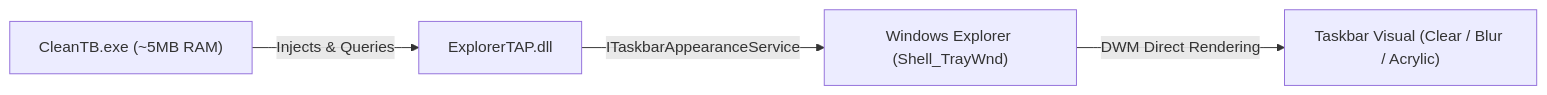
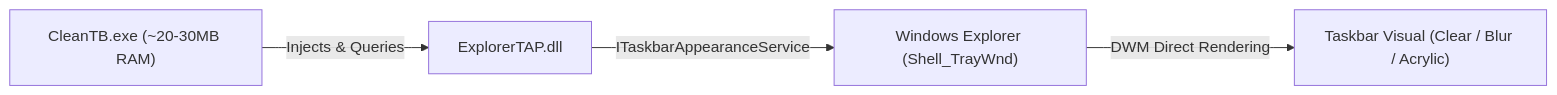
One commit to GHOSTIEx9/CleanTB changed the diagram in README.md. Above: the diagram before and after it, drawn with Mermaid. The commit also changed other lines of this file and 15 other files, not shown here.

````diff
--- a/README.md
+++ b/README.md
@@ -93,6 +93,6 @@
 ```mermaid
 flowchart LR
-    A["CleanTB.exe (~5MB RAM)"] -->|"Injects & Queries"| B["ExplorerTAP.dll"]
+    A["CleanTB.exe (~20-30MB RAM)"] -->|"Injects & Queries"| B["ExplorerTAP.dll"]
     B -->|"ITaskbarAppearanceService"| C["Windows Explorer (Shell_TrayWnd)"]
     C -->|"DWM Direct Rendering"| D["Taskbar Visual (Clear / Blur / Acrylic)"]
 ```
````
